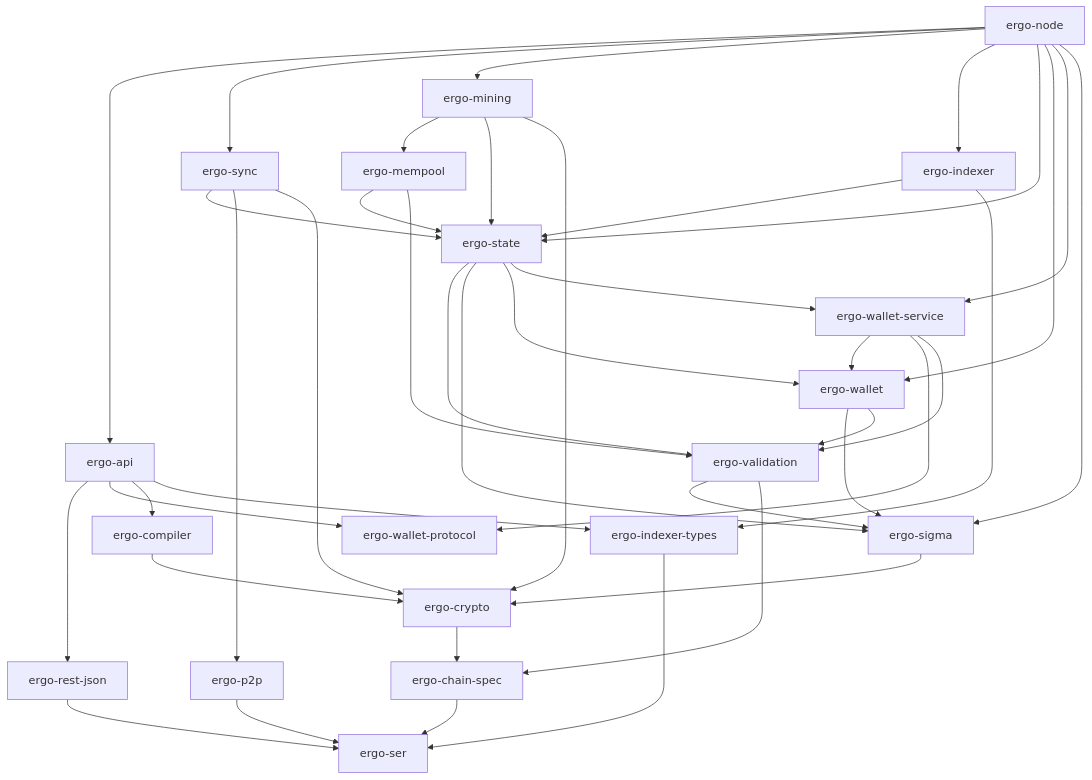
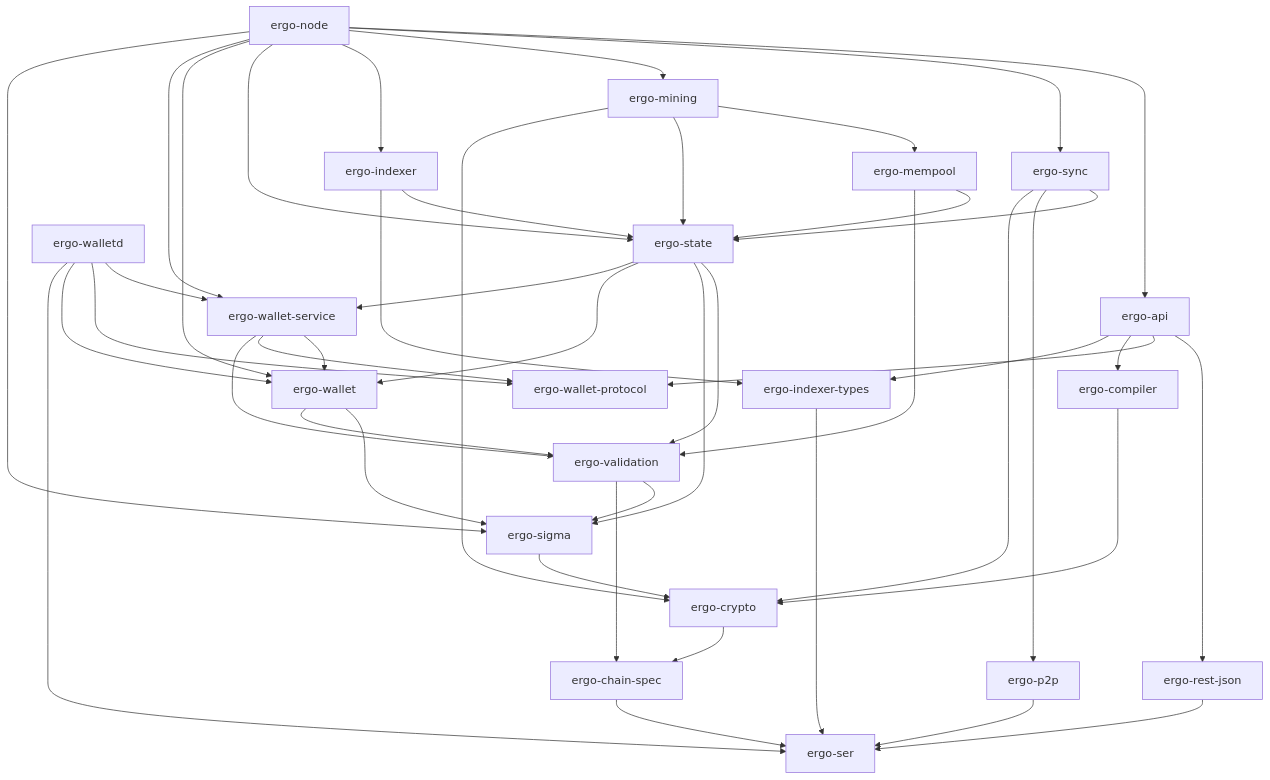
One commit to arkadianet/ergo changed the diagram in docs/codemap.md. Above: the diagram before and after it, drawn with Mermaid. The commit also changed other lines of this file and 40 other files, not shown here.

````diff
--- a/docs/codemap.md
+++ b/docs/codemap.md
@@ -46,44 +47,48 @@
 ```mermaid
 graph TD
   chainspec[ergo-chain-spec] --> ser[ergo-ser]
   crypto[ergo-crypto] --> chainspec
   sigma[ergo-sigma] --> crypto
   compiler[ergo-compiler] --> crypto
   validation[ergo-validation] --> sigma
   validation --> chainspec
   protocol[ergo-wallet-protocol]
   wallet[ergo-wallet] --> sigma
   wallet --> validation
   service[ergo-wallet-service] --> wallet
   service --> protocol
   service --> validation
   state[ergo-state] --> validation
   state --> sigma
   state --> wallet
   state --> service
   mempool[ergo-mempool] --> state
   mempool --> validation
   p2p[ergo-p2p] --> ser
   sync[ergo-sync] --> state
   sync --> p2p
   sync --> crypto
   mining[ergo-mining] --> mempool
   mining --> state
   mining --> crypto
   indexertypes[ergo-indexer-types] --> ser
   indexer[ergo-indexer] --> state
   indexer --> indexertypes
   restjson[ergo-rest-json] --> ser
   api[ergo-api] --> restjson
   api --> protocol
   api --> compiler
   api --> indexertypes
   node[ergo-node] --> api
   node --> sync
   node --> mining
   node --> indexer
   node --> state
   node --> wallet
   node --> service
   node --> sigma
+  walletd[ergo-walletd] --> service
+  walletd --> protocol
+  walletd --> wallet
+  walletd --> ser
 ```
````
